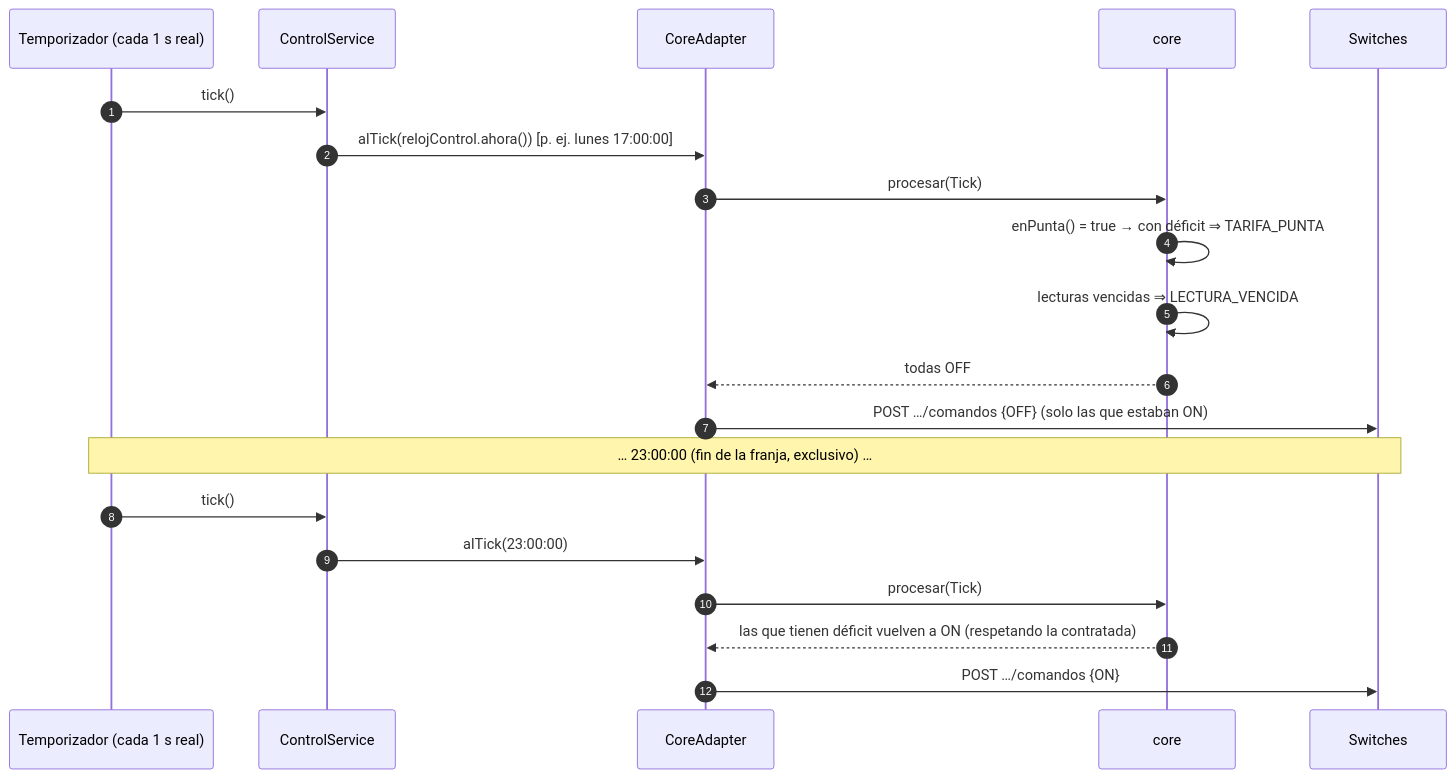
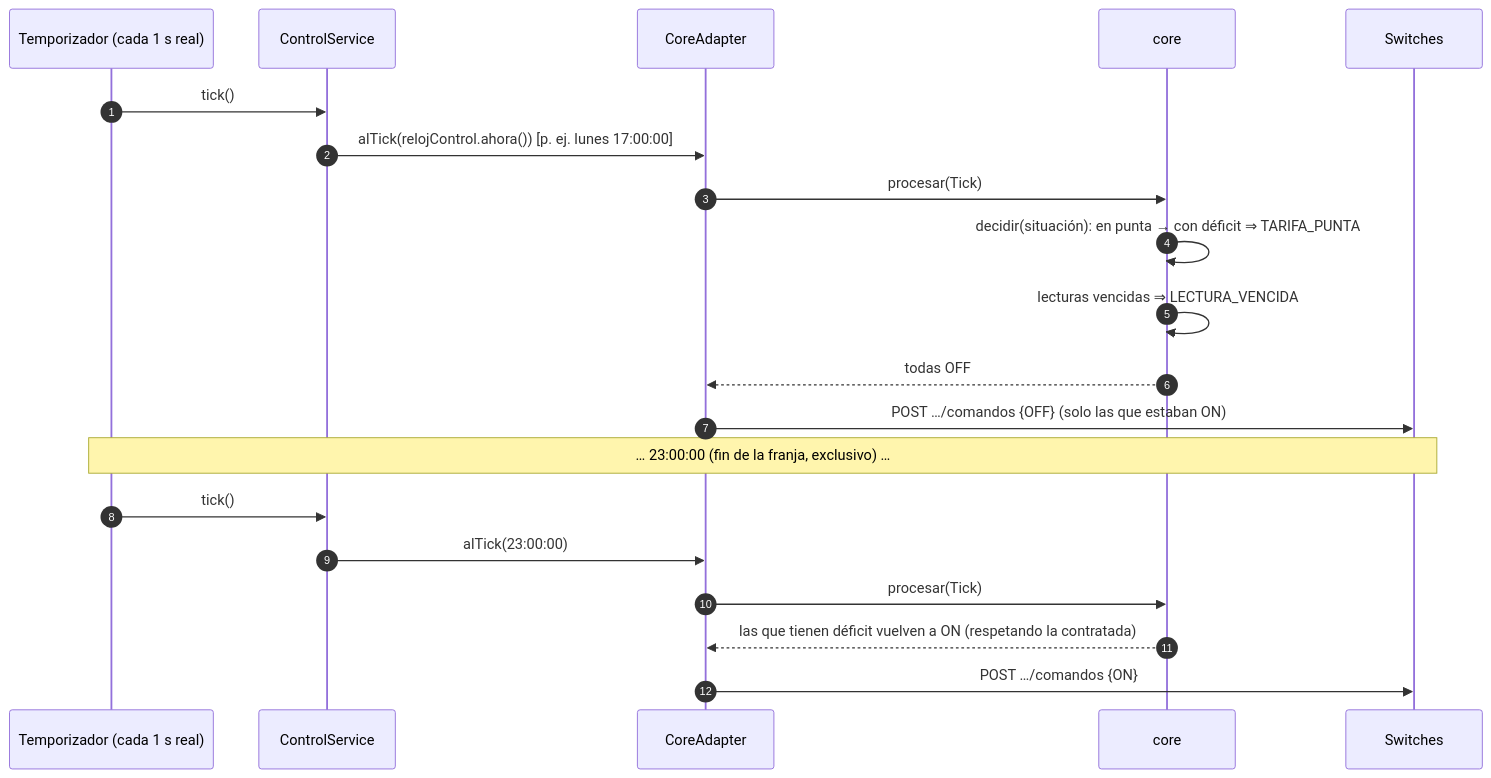
Before and after one commit to BrayanBCode/iiss-2026-grupo-4: the sixth of 7 diagrams in docs/arquitectura/4mas1.md, drawn with Mermaid. The commit also changed other lines of this file and 5 other files, not shown here.

````diff
--- a/docs/arquitectura/4mas1.md
+++ b/docs/arquitectura/4mas1.md
@@ -400,23 +410,23 @@
 ```mermaid
 sequenceDiagram
     autonumber
     participant Tm as Temporizador (cada 1 s real)
     participant Ctl as ControlService
     participant Ad as CoreAdapter
     participant Core as core
     participant Sw as Switches
 
     Tm->>Ctl: tick()
     Ctl->>Ad: alTick(relojControl.ahora())  [p. ej. lunes 17:00:00]
     Ad->>Core: procesar(Tick)
-    Core->>Core: enPunta() = true → con déficit ⇒ TARIFA_PUNTA
+    Core->>Core: decidir(situación): en punta → con déficit ⇒ TARIFA_PUNTA
     Core->>Core: lecturas vencidas ⇒ LECTURA_VENCIDA
     Core-->>Ad: todas OFF
     Ad->>Sw: POST …/comandos {OFF} (solo las que estaban ON)
     Note over Tm,Sw: … 23:00:00 (fin de la franja, exclusivo) …
     Tm->>Ctl: tick()
     Ctl->>Ad: alTick(23:00:00)
     Ad->>Core: procesar(Tick)
     Core-->>Ad: las que tienen déficit vuelven a ON (respetando la contratada)
     Ad->>Sw: POST …/comandos {ON}
 ```
````
